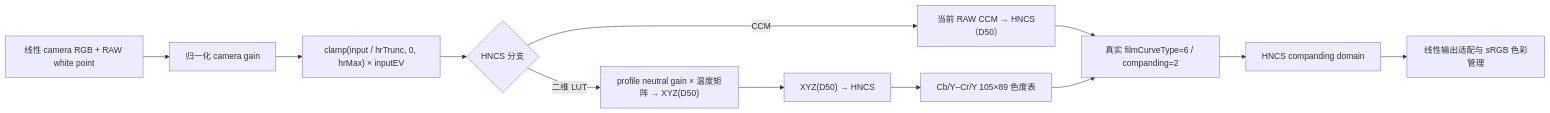
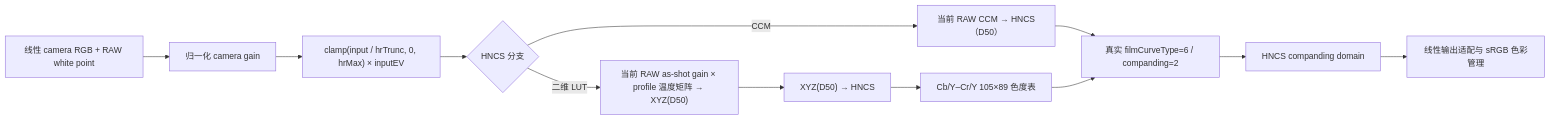
The diagram in docs/hncs-rendering-engine.md (bjzhou/PhotonCamera), drawn with Mermaid before and after one commit. The commit also changed other lines of this file and 32 other files, not shown here.

````diff
--- a/docs/hncs-rendering-engine.md
+++ b/docs/hncs-rendering-engine.md
@@ -109,14 +109,14 @@
 ```mermaid
 flowchart LR
     A["线性 camera RGB + RAW white point"] --> H0["归一化 camera gain"]
     H0 --> H1["clamp(input / hrTrunc, 0, hrMax) × inputEV"]
     H1 --> B{"HNCS 分支"}
     B -- "CCM" --> C["当前 RAW CCM → HNCS（D50）"]
-    B -- "二维 LUT" --> D["profile neutral gain × 温度矩阵 → XYZ(D50)"]
+    B -- "二维 LUT" --> D["当前 RAW as-shot gain × profile 温度矩阵 → XYZ(D50)"]
     D --> E["XYZ(D50) → HNCS"]
     E --> F["Cb/Y–Cr/Y 105×89 色度表"]
     C --> G["真实 filmCurveType=6 / companding=2"]
     F --> G
     G --> H["HNCS companding domain"]
     H --> I["线性输出适配与 sRGB 色彩管理"]
 ```
````
